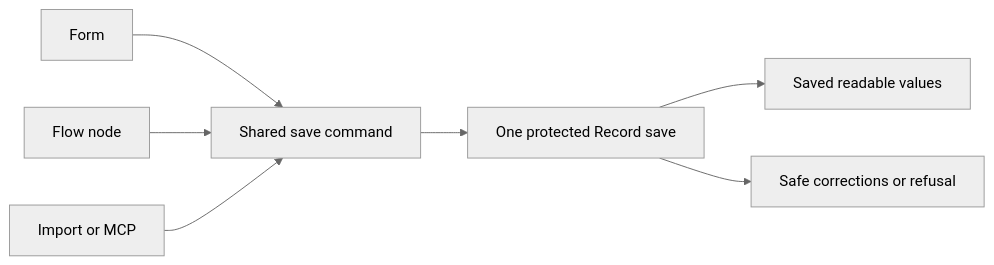
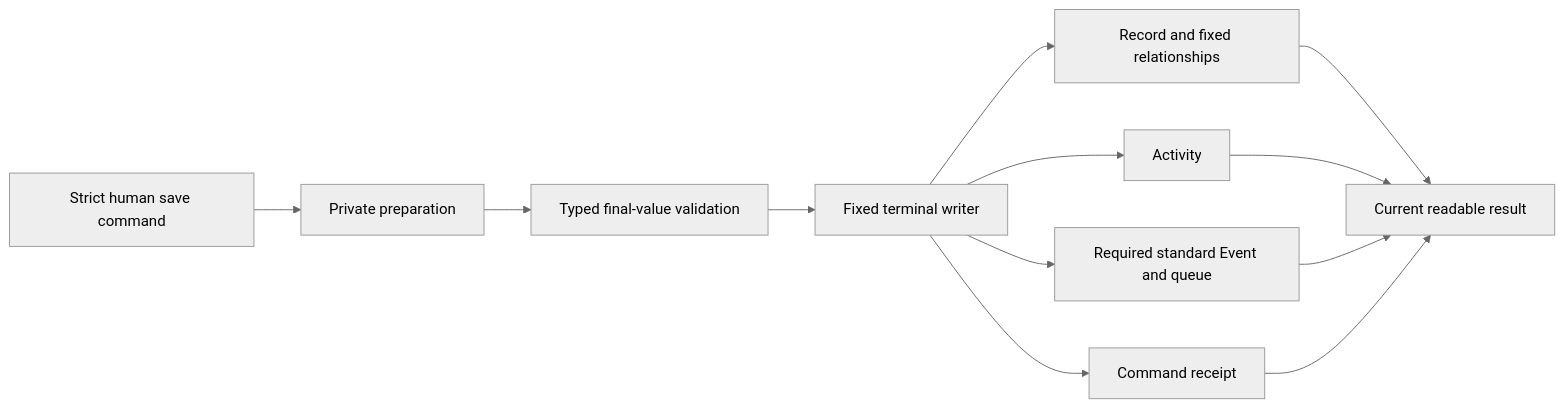
Before and after one commit to Abzum-NZ/Abzum-Vortex: the diagram in docs/build-plan/issue-47-save-command.md, drawn with Mermaid (neutral theme). The commit also changed other lines of this file and 14 other files, not shown here.

Commit message:
feat(record): add protected base save pipeline checkpoint

````diff
--- a/docs/build-plan/issue-47-save-command.md
+++ b/docs/build-plan/issue-47-save-command.md
@@ -63,9 +31,14 @@
 ```mermaid
 flowchart LR
-    F[Form] --> C[Shared save command]
-    N[Flow node] --> C
-    I[Import or MCP] --> C
-    C --> S[One protected Record save]
-    S --> V[Saved readable values]
-    S --> E[Safe corrections or refusal]
+    C[Strict human save command] --> P[Private preparation]
+    P --> V[Typed final-value validation]
+    V --> W[Fixed terminal writer]
+    W --> R[Record and fixed relationships]
+    W --> A[Activity]
+    W --> E[Required standard Event and queue]
+    W --> D[Command receipt]
+    R --> O[Current readable result]
+    A --> O
+    E --> O
+    D --> O
 ```
````
